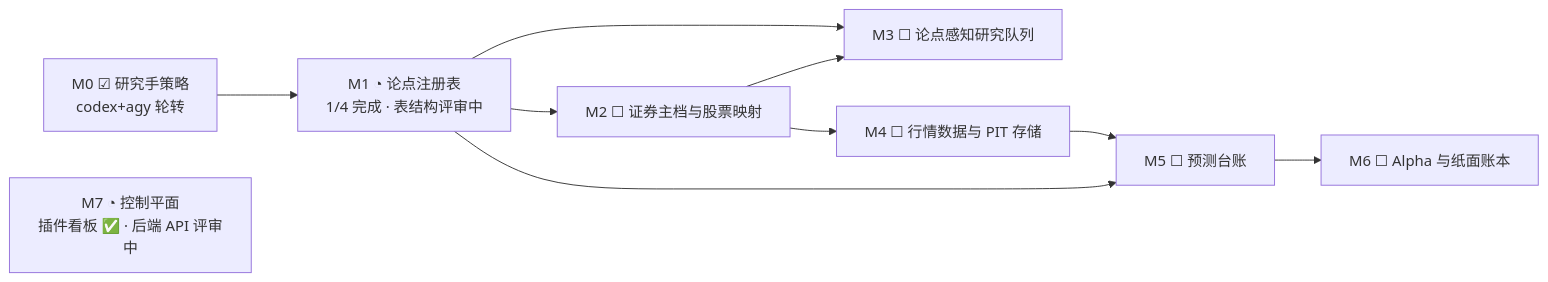
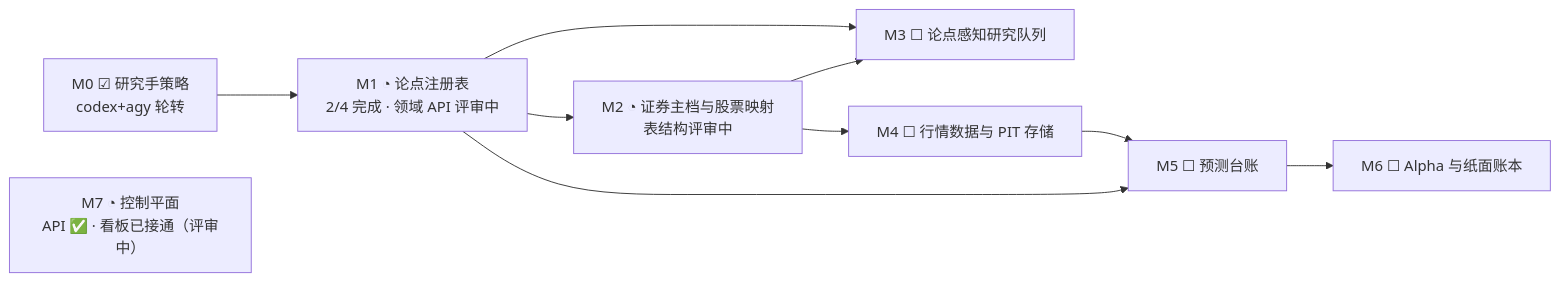
The first of 2 diagrams in README.zh-CN.md (dmquant/institute-one), drawn with Mermaid before and after one commit. The commit also changed other lines of this file and 14 other files, not shown here.

First line of the commit message:
Add thesis API, security master schema, wire plugin Kanban (wave 2)

````diff
--- a/README.zh-CN.md
+++ b/README.zh-CN.md
@@ -155,15 +155,15 @@
 ```mermaid
 flowchart LR
     M0["M0 ☑ 研究手策略<br/>codex+agy 轮转"]
-    M1["M1 ◔ 论点注册表<br/>1/4 完成 · 表结构评审中"]
-    M2["M2 ☐ 证券主档与股票映射"]
+    M1["M1 ◔ 论点注册表<br/>2/4 完成 · 领域 API 评审中"]
+    M2["M2 ◔ 证券主档与股票映射<br/>表结构评审中"]
     M3["M3 ☐ 论点感知研究队列"]
     M4["M4 ☐ 行情数据与 PIT 存储"]
     M5["M5 ☐ 预测台账"]
     M6["M6 ☐ Alpha 与纸面账本"]
-    M7["M7 ◔ 控制平面<br/>插件看板 ✅ · 后端 API 评审中"]
+    M7["M7 ◔ 控制平面<br/>API ✅ · 看板已接通（评审中）"]
     M0 --> M1 --> M2
     M1 & M2 --> M3
     M2 --> M4 --> M5 --> M6
     M1 --> M5
 ```
````
